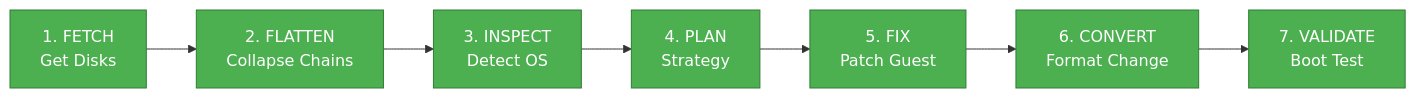
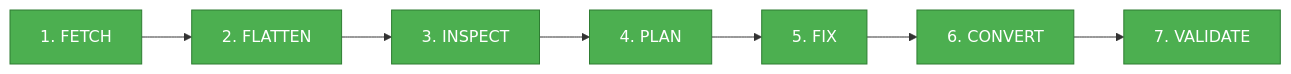
The first of 9 diagrams in docs/presentation/pipeline-architecture.md (ssahani/hyper2kvm), drawn with Mermaid before and after one commit. The commit also changed other lines of this file, not shown here.

First line of the commit message:
fix: Completely rewrite Mermaid diagrams for GitHub compatibility

````diff
--- a/docs/presentation/pipeline-architecture.md
+++ b/docs/presentation/pipeline-architecture.md
@@ -13,12 +13,12 @@
 ```mermaid
 graph LR
-    FETCH[1. FETCH<br/>Get Disks] --> FLATTEN[2. FLATTEN<br/>Collapse Chains]
-    FLATTEN --> INSPECT[3. INSPECT<br/>Detect OS]
-    INSPECT --> PLAN[4. PLAN<br/>Strategy]
-    PLAN --> FIX[5. FIX<br/>Patch Guest]
-    FIX --> CONVERT[6. CONVERT<br/>Format Change]
-    CONVERT --> VALIDATE[7. VALIDATE<br/>Boot Test]
+    FETCH[1. FETCH] --> FLATTEN[2. FLATTEN]
+    FLATTEN --> INSPECT[3. INSPECT]
+    INSPECT --> PLAN[4. PLAN]
+    PLAN --> FIX[5. FIX]
+    FIX --> CONVERT[6. CONVERT]
+    CONVERT --> VALIDATE[7. VALIDATE]
 
     classDef stage fill:#4CAF50,stroke:#2E7D32,color:#fff
     class FETCH,FLATTEN,INSPECT,PLAN,FIX,CONVERT,VALIDATE stage
 ```
````
